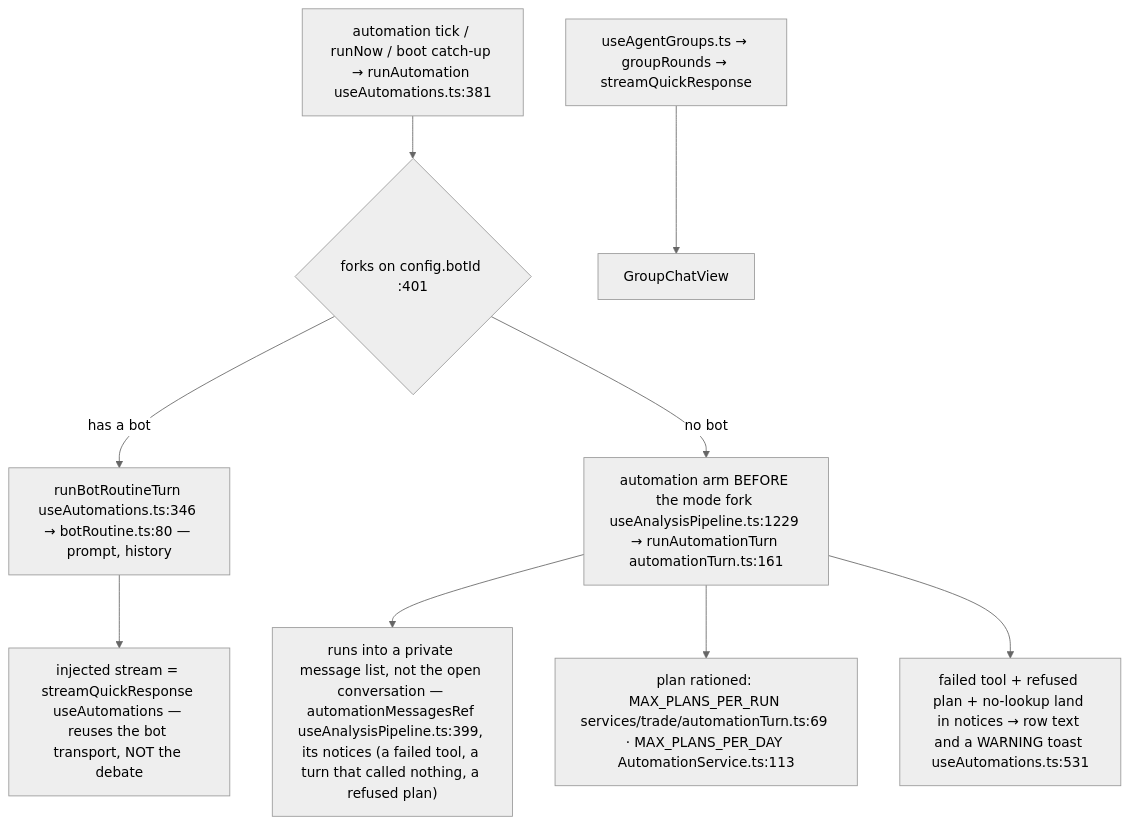
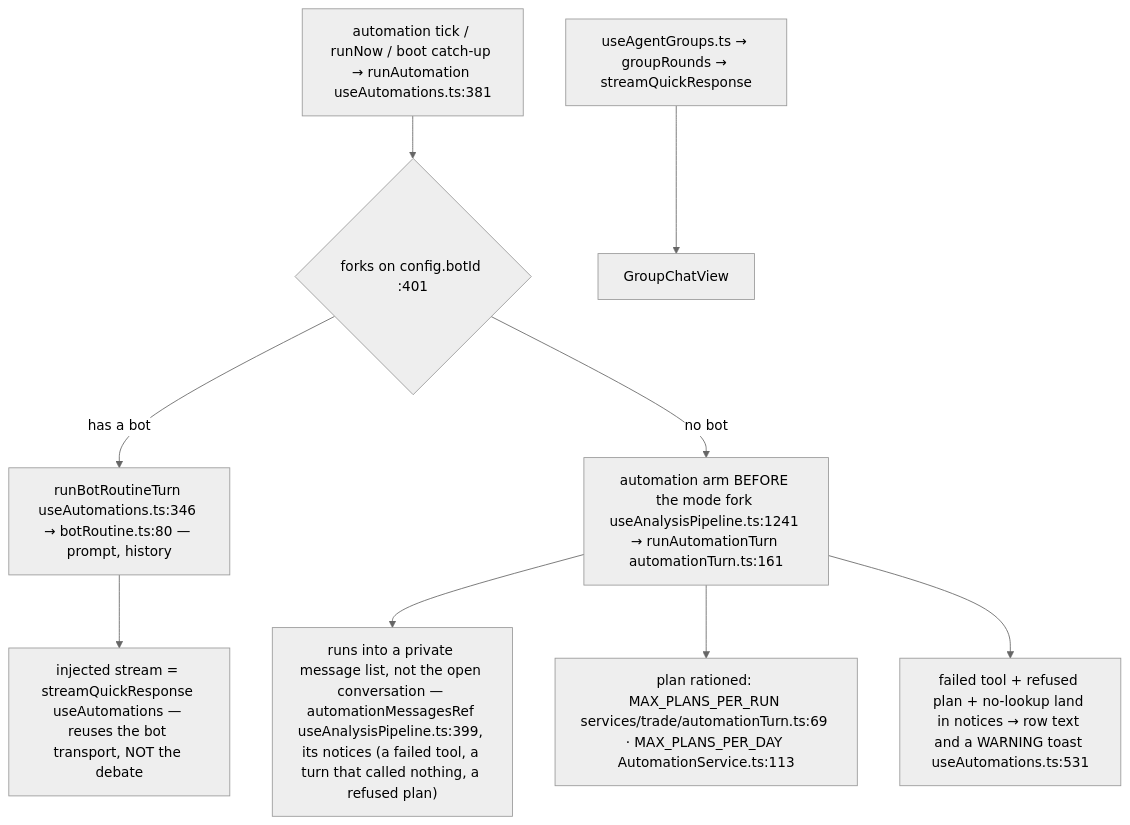
Before and after one commit to Acepay25/august-3.5: the fifth of 7 diagrams in docs/app-flow.md, drawn with Mermaid (neutral theme). The commit also changed other lines of this file and 35 other files, not shown here.

````diff
--- a/docs/app-flow.md
+++ b/docs/app-flow.md
@@ -300,11 +300,11 @@
 ```mermaid
 flowchart TD
     TK["automation tick / runNow / boot catch-up → runAutomation useAutomations.ts:381"] --> D{"forks on config.botId :401"}
     D -->|has a bot| BR["runBotRoutineTurn useAutomations.ts:346 → botRoutine.ts:80 — prompt, history"]
     BR --> ST["injected stream = streamQuickResponse useAutomations — reuses the bot transport, NOT the debate"]
-    D -->|no bot| AT["automation arm BEFORE the mode fork useAnalysisPipeline.ts:1229 → runAutomationTurn automationTurn.ts:161"]
+    D -->|no bot| AT["automation arm BEFORE the mode fork useAnalysisPipeline.ts:1241 → runAutomationTurn automationTurn.ts:161"]
     AT --> PRIV["runs into a private message list, not the open conversation — automationMessagesRef useAnalysisPipeline.ts:399, its notices (a failed tool, a turn that called nothing, a refused plan)"]
     AT --> CAP["plan rationed: MAX_PLANS_PER_RUN services/trade/automationTurn.ts:69 · MAX_PLANS_PER_DAY AutomationService.ts:113"]
     AT --> FAIL["failed tool + refused plan + no-lookup land in notices → row text and a WARNING toast useAutomations.ts:531"]
     GR["useAgentGroups.ts → groupRounds → streamQuickResponse"] --> GV["GroupChatView"]
 ```
````
